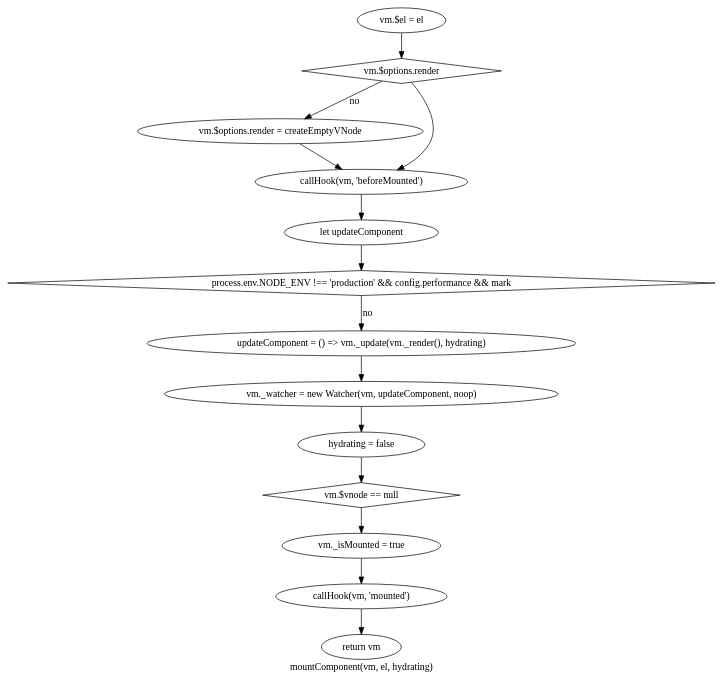
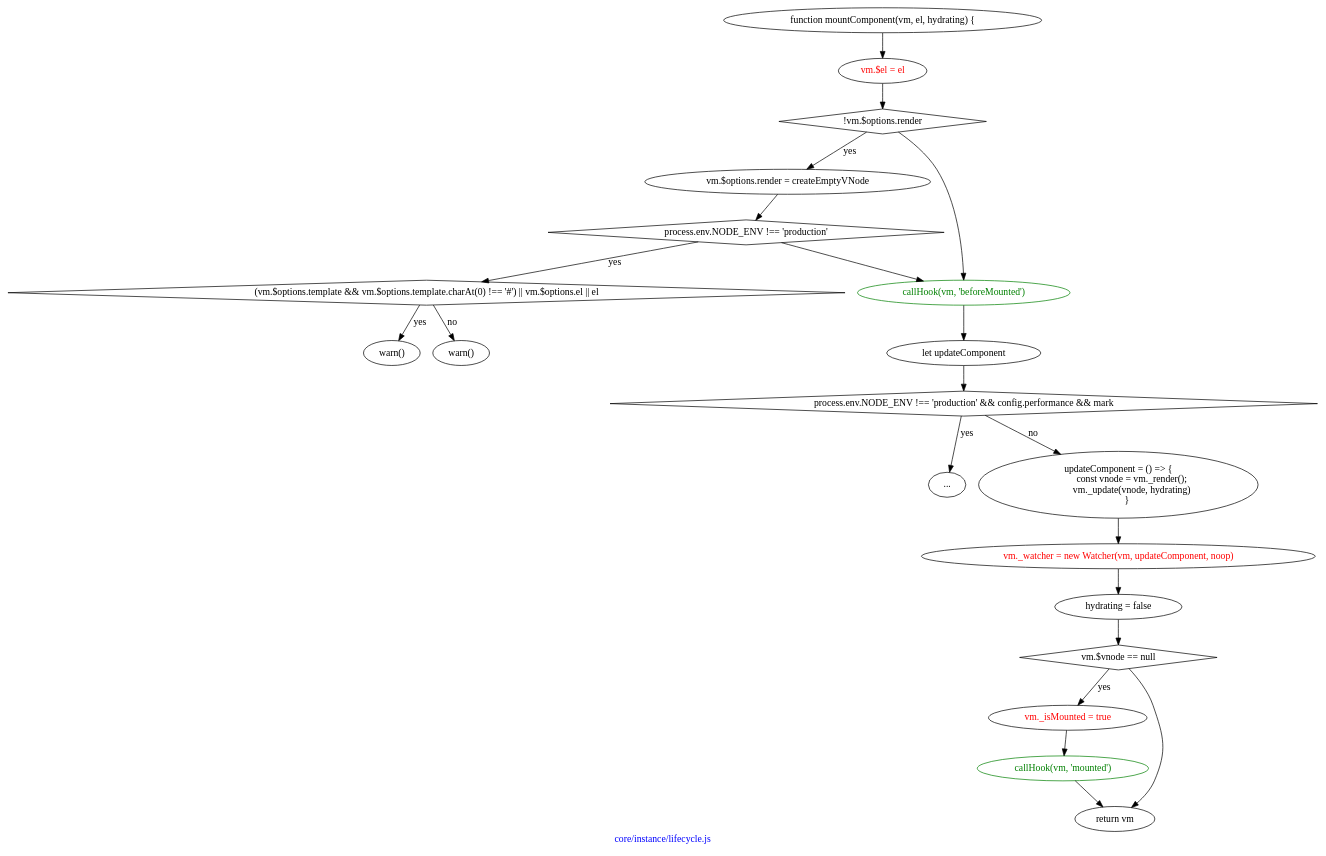
One commit to ltaoo/vueSourceAnalysis changed the diagram in mountComponent.gv. Above: the diagram before and after it, drawn with Graphviz. The commit also changed 8 other files, not shown here.

```diff
--- a/mountComponent.gv
+++ b/mountComponent.gv
@@ -1,69 +1,102 @@
 digraph G {
-    label="mountComponent(vm, el, hydrating)"
-
+    graph [
+        label="core/instance/lifecycle.js"
+        fontcolor=blue
+    ]
+    start [
+        label="function mountComponent(vm, el, hydrating) {"
+    ]
     setEl [
         label="vm.$el = el"
+        fontcolor=red
     ]
-
-    renderExist [
-        label="vm.$options.render"
+    start -> setEl
+    renderNotExist [
+        label="!vm.$options.render"
         shape=diamond
     ]
-
-    setEl -> renderExist
+    setEl -> renderNotExist
     setRender [
         label="vm.$options.render = createEmptyVNode"
     ]
-    renderExist -> setRender [label="no"]
-
+    renderNotExist -> setRender [label="yes"]
+    notProduction [
+        label="process.env.NODE_ENV !== 'production'"
+        shape=diamond
+    ]
+    setRender -> notProduction
+    end [
+        label="(vm.$options.template && vm.$options.template.charAt(0) !== '#') || vm.$options.el || el"
+        shape=diamond
+    ]
+    notProduction -> end [label="yes"]
+    warn0 [
+        label="warn()"
+    ]
+    end -> warn0 [label="yes"]
+    warn1 [
+        label="warn()"
+    ]
+    end -> warn1 [label="no"]
     callBeforeMountedHook [
         label="callHook(vm, 'beforeMounted')"
+        color=green
+        fontcolor=green
     ]
-    setRender -> callBeforeMountedHook
-    renderExist -> callBeforeMountedHook
+    notProduction -> callBeforeMountedHook
+    renderNotExist -> callBeforeMountedHook
 
     varUpdateComponent [
         label="let updateComponent"
     ]
-
     callBeforeMountedHook -> varUpdateComponent
     isProduction [
         label="process.env.NODE_ENV !== 'production' && config.performance && mark"
         shape=diamond
     ]
-
     varUpdateComponent -> isProduction
-
+    todo [
+        label="..."
+    ]
+    isProduction -> todo [label="yes"]
     resetComponent [
-        label="updateComponent = () => vm._update(vm._render(), hydrating)"
+        label="updateComponent = () => {
+            const vnode = vm._render();
+            vm._update(vnode, hydrating)
+        }"
     ]
     isProduction -> resetComponent [label="no"]
     initWatcher [
         label="vm._watcher = new Watcher(vm, updateComponent, noop)"
+        fontcolor=red
     ]
     resetComponent -> initWatcher
     setHydrating [
         label="hydrating = false"
     ]
     initWatcher -> setHydrating
 
     vnodeIsNull [
         label="vm.$vnode == null"
         shape=diamond
     ]
 
     setHydrating -> vnodeIsNull
     setMounted [
         label="vm._isMounted = true"
+        fontcolor=red
     ]
-    vnodeIsNull -> setMounted
+    vnodeIsNull -> setMounted [label="yes"]
     callMountedHook [
         label="callHook(vm, 'mounted')"
+        color=green
+        fontcolor=green
     ]
     setMounted -> callMountedHook
     returnVm [
         label="return vm"
     ]
+    vnodeIsNull -> returnVm
     callMountedHook -> returnVm
 
 }
```
